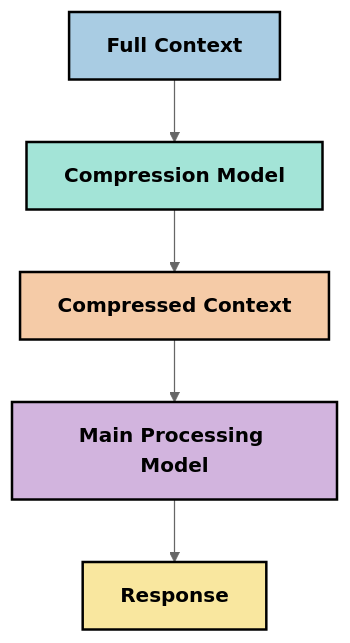
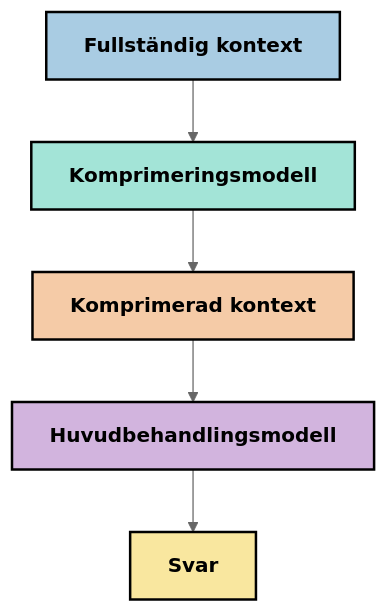
One commit to HIDORAKAI002/ai-workspace-archive changed the fifth of 6 diagrams in mcp_ecosystem__model_context_protocol/mcp_learning_resources/mcp-for-beginners/translations/sv/05-AdvancedTopics/mcp-contextengineering/README.md. Above: the diagram before and after it, drawn with Mermaid (neutral theme). The commit also changed other lines of this file and 1046 other files, not shown here.

````diff
--- a/mcp_ecosystem__model_context_protocol/mcp_learning_resources/mcp-for-beginners/translations/sv/05-AdvancedTopics/mcp-contextengineering/README.md
+++ b/mcp_ecosystem__model_context_protocol/mcp_learning_resources/mcp-for-beginners/translations/sv/05-AdvancedTopics/mcp-contextengineering/README.md
@@ -237,13 +239,13 @@
 ```mermaid
 graph TD
-    A[Full Context] --> B[Compression Model]
-    B --> C[Compressed Context]
-    C --> D[Main Processing Model]
-    D --> E[Response]
+    A[Fullständig kontext] --> B[Komprimeringsmodell]
+    B --> C[Komprimerad kontext]
+    C --> D[Huvudbehandlingsmodell]
+    D --> E[Svar]
     
     style A fill:#A9CCE3,stroke:#000000,stroke-width:2px,color:#000000,font-weight:bold
     style B fill:#A3E4D7,stroke:#000000,stroke-width:2px,color:#000000,font-weight:bold
     style C fill:#F5CBA7,stroke:#000000,stroke-width:2px,color:#000000,font-weight:bold
     style D fill:#D2B4DE,stroke:#000000,stroke-width:2px,color:#000000,font-weight:bold
     style E fill:#F9E79F,stroke:#000000,stroke-width:2px,color:#000000,font-weight:bold
 ```
````
